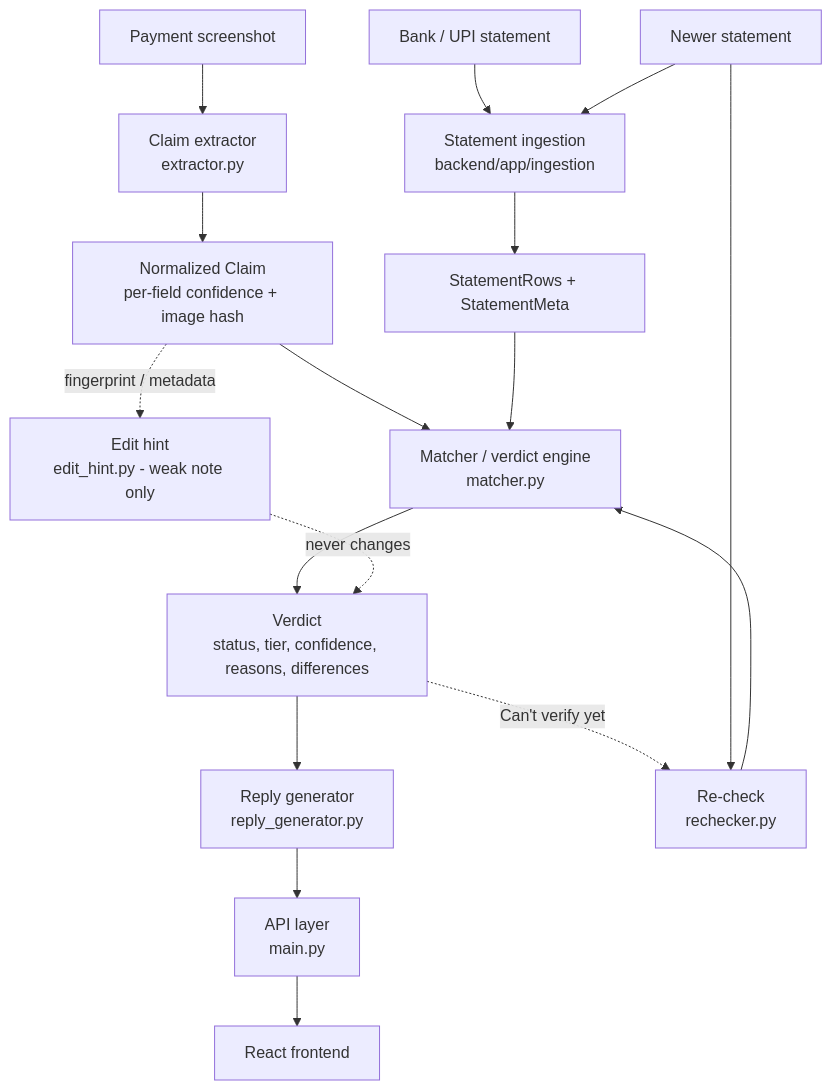
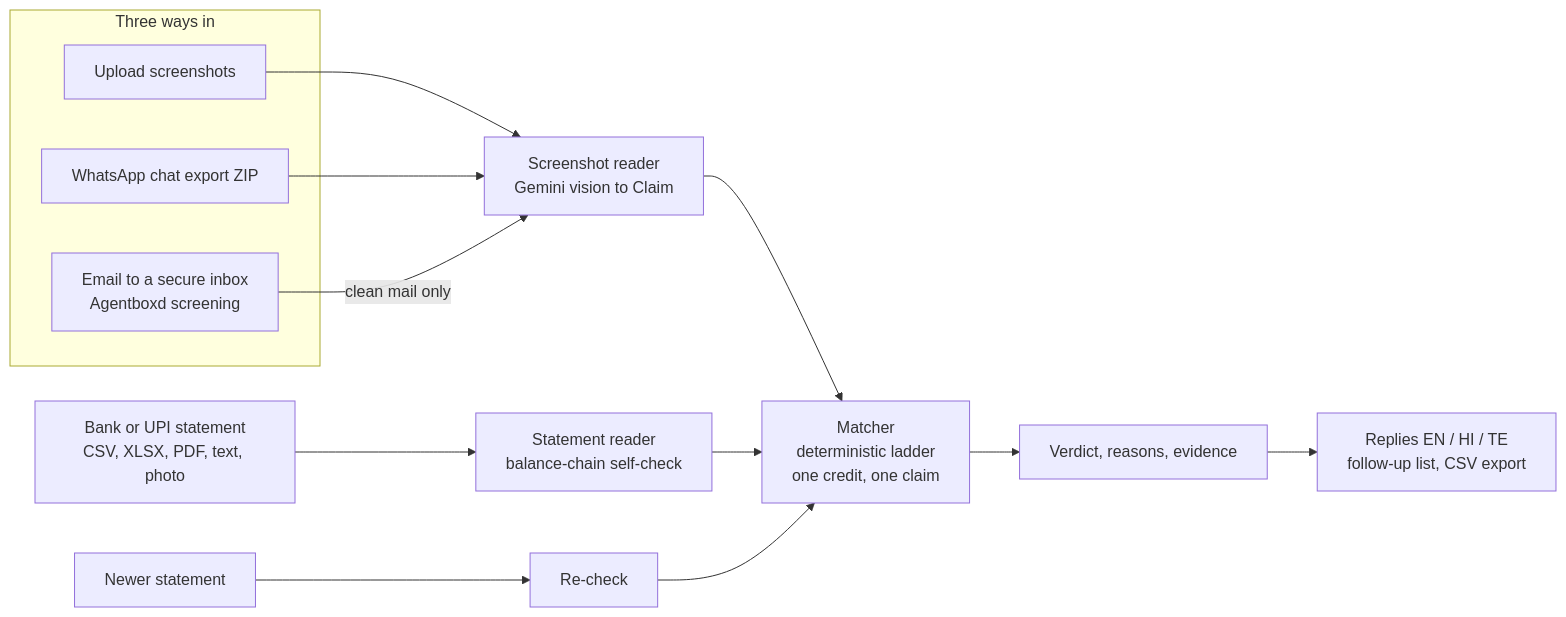
The diagram in README.md (Zunairah-k/PayZen), drawn with Mermaid before and after one commit. The commit also changed other lines of this file, not shown here.

````diff
--- a/README.md
+++ b/README.md
@@ -96,19 +59,17 @@
 ```mermaid
-flowchart TD
-    S[Payment screenshot] --> E[Claim extractor<br/>extractor.py]
-    E --> C[Normalized Claim<br/>per-field confidence + image hash]
-    B[Bank / UPI statement] --> I[Statement ingestion<br/>backend/app/ingestion]
-    I --> R[StatementRows + StatementMeta]
-    C --> M[Matcher / verdict engine<br/>matcher.py]
-    R --> M
-    M --> V[Verdict<br/>status, tier, confidence, reasons, differences]
-    V --> G[Reply generator<br/>reply_generator.py]
-    G --> A[API layer<br/>main.py]
-    A --> F[React frontend]
-    N[Newer statement] --> I
-    V -. Can't verify yet .-> RC[Re-check<br/>rechecker.py]
-    N --> RC
-    RC --> M
-    C -. fingerprint / metadata .-> H[Edit hint<br/>edit_hint.py - weak note only]
-    H -. never changes .-> V
+flowchart LR
+  subgraph IN[Three ways in]
+    U[Upload screenshots]
+    W[WhatsApp chat export ZIP]
+    E[Email to a secure inbox<br/>Agentboxd screening]
+  end
+  U --> X
+  W --> X
+  E -->|clean mail only| X[Screenshot reader<br/>Gemini vision to Claim]
+  S[Bank or UPI statement<br/>CSV, XLSX, PDF, text, photo] --> I[Statement reader<br/>balance-chain self-check]
+  X --> M[Matcher<br/>deterministic ladder<br/>one credit, one claim]
+  I --> M
+  M --> V[Verdict, reasons, evidence]
+  V --> R[Replies EN / HI / TE<br/>follow-up list, CSV export]
+  N[Newer statement] --> RC[Re-check] --> M
 ```
````
